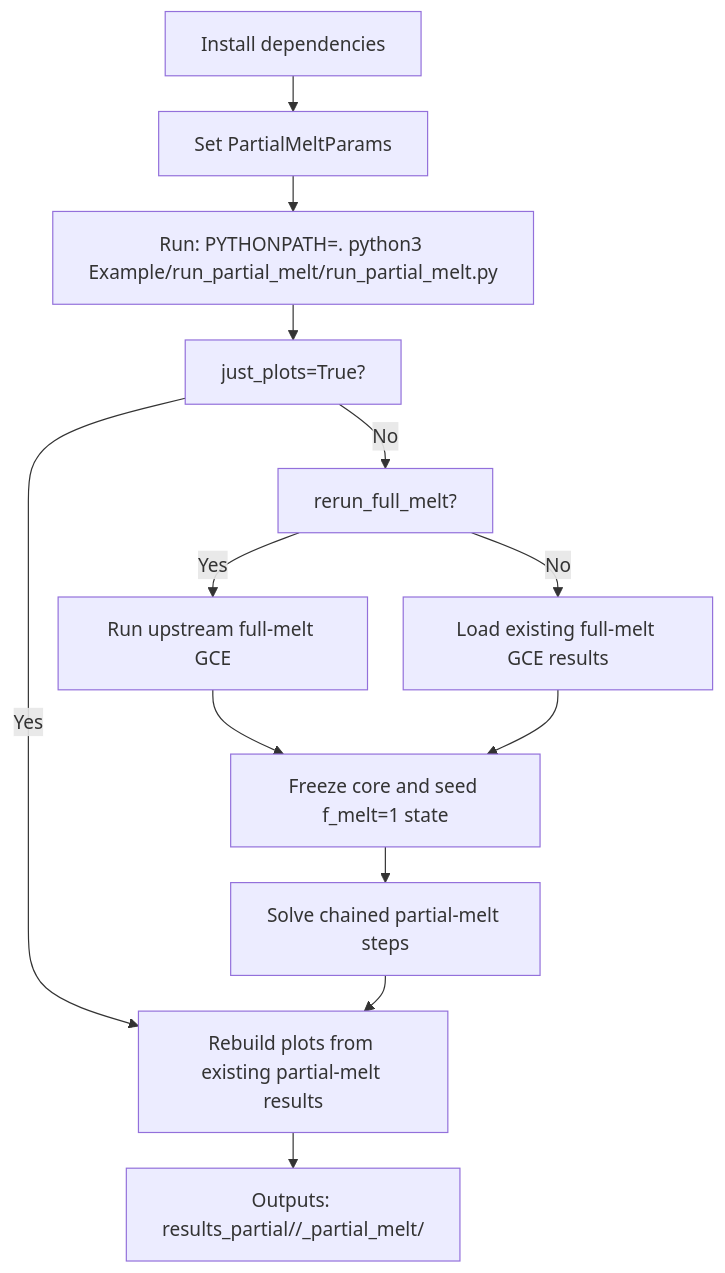
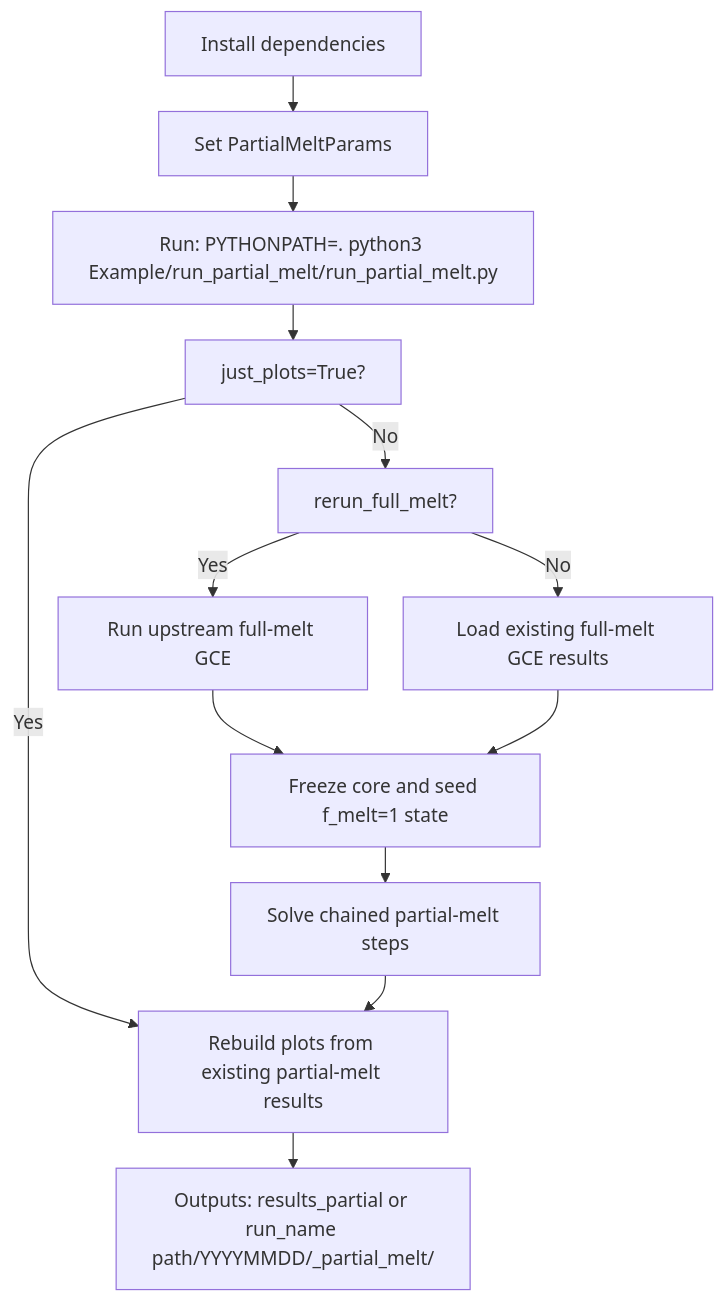
Before and after one commit to ExoInteriors/GlobalChemicalEquilibrium_Release: the diagram in Example/run_partial_melt/WORKFLOW.md, drawn with Mermaid. The commit also changed 12 other files, not shown here.

````diff
--- a/Example/run_partial_melt/WORKFLOW.md
+++ b/Example/run_partial_melt/WORKFLOW.md
@@ -3,22 +3,22 @@
 ```mermaid
 ---
 config:
   layout: dagre
   flowchart:
     nodeSpacing: 30
     rankSpacing: 30
 ---
 flowchart TB
     A1["Install dependencies"] --> X1
     X1["Set PartialMeltParams"] --> A["Run: PYTHONPATH=. python3 Example/run_partial_melt/run_partial_melt.py"]
     A --> B["just_plots=True?"]
     B -- Yes --> M["Rebuild plots from existing partial-melt results"]
     B -- No --> C["rerun_full_melt?"]
     C -- Yes --> D["Run upstream full-melt GCE"]
     C -- No --> E["Load existing full-melt GCE results"]
     D --> F["Freeze core and seed f_melt=1 state"]
     E --> F
     F --> G["Solve chained partial-melt steps"]
     G --> M
-    M --> P["Outputs: results_partial/<date>/<run_name>_partial_melt/"]
+    M --> P["Outputs: results_partial or run_name path/YYYYMMDD/<run_name>_partial_melt/"]
 ```
````
